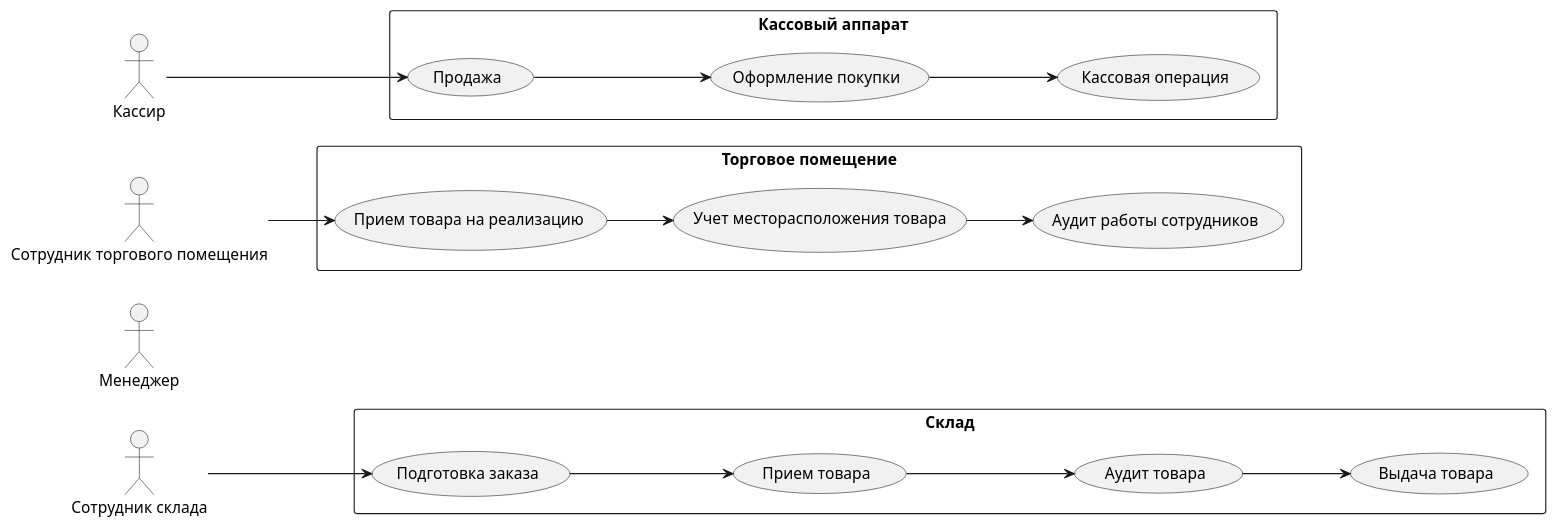
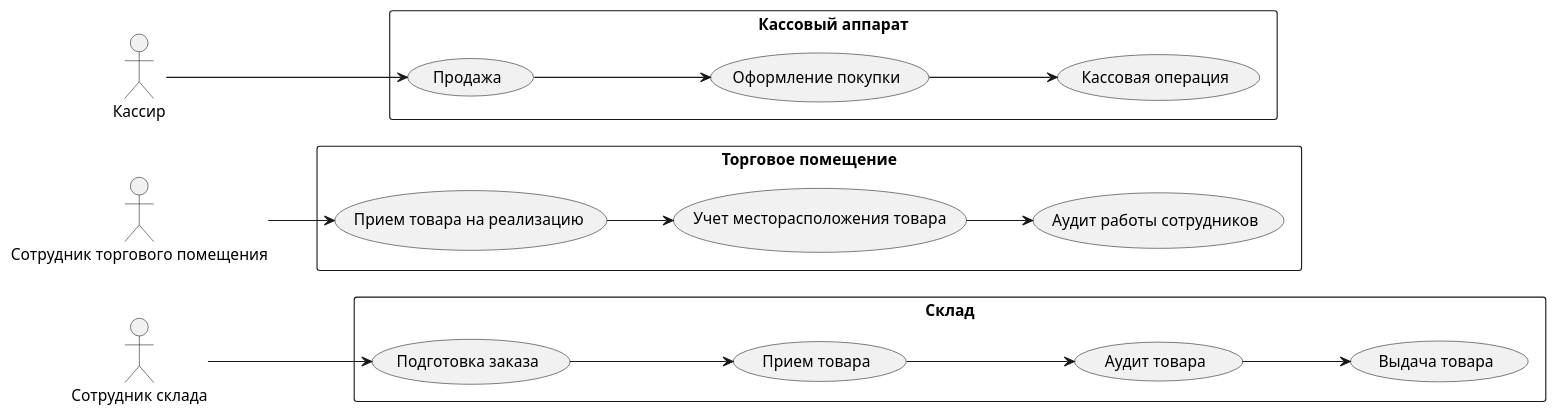
One commit to Mug1vara97/UML changed the diagram in use_case.wsd. Above: the diagram before and after it, drawn with PlantUML. The commit also changed 1 other file, not shown here.

```diff
--- a/use_case.wsd
+++ b/use_case.wsd
@@ -1,42 +1,41 @@
 @startuml
 
 left to right direction
 
 actor "Сотрудник склада" as warehouse_staff
-actor "Менеджер" as manager
 actor "Сотрудник торгового помещения" as store_staff
 actor "Кассир" as cashier
 
 rectangle "Склад" as warehouse {
   usecase "Подготовка заказа" as prepare_order
   usecase "Прием товара" as receive_goods
   usecase "Аудит товара" as audit_goods
   usecase "Выдача товара" as issue_goods
 }
 
 rectangle "Торговое помещение" as store {
   usecase "Прием товара на реализацию" as receive_goods_on_sale
   usecase "Учет месторасположения товара" as track_location
   usecase "Аудит работы сотрудников" as audit_employees
 }
 
 rectangle "Кассовый аппарат" as cash_register {
   usecase "Продажа" as sale
   usecase "Оформление покупки" as process_purchase
   usecase "Кассовая операция" as register
 }
 
 warehouse_staff --> prepare_order
 prepare_order --> receive_goods
 receive_goods --> audit_goods
 audit_goods --> issue_goods
 
 store_staff --> receive_goods_on_sale
 receive_goods_on_sale --> track_location
 track_location --> audit_employees
 
 cashier --> sale
 sale --> process_purchase
 process_purchase --> register
 
 @enduml
```
